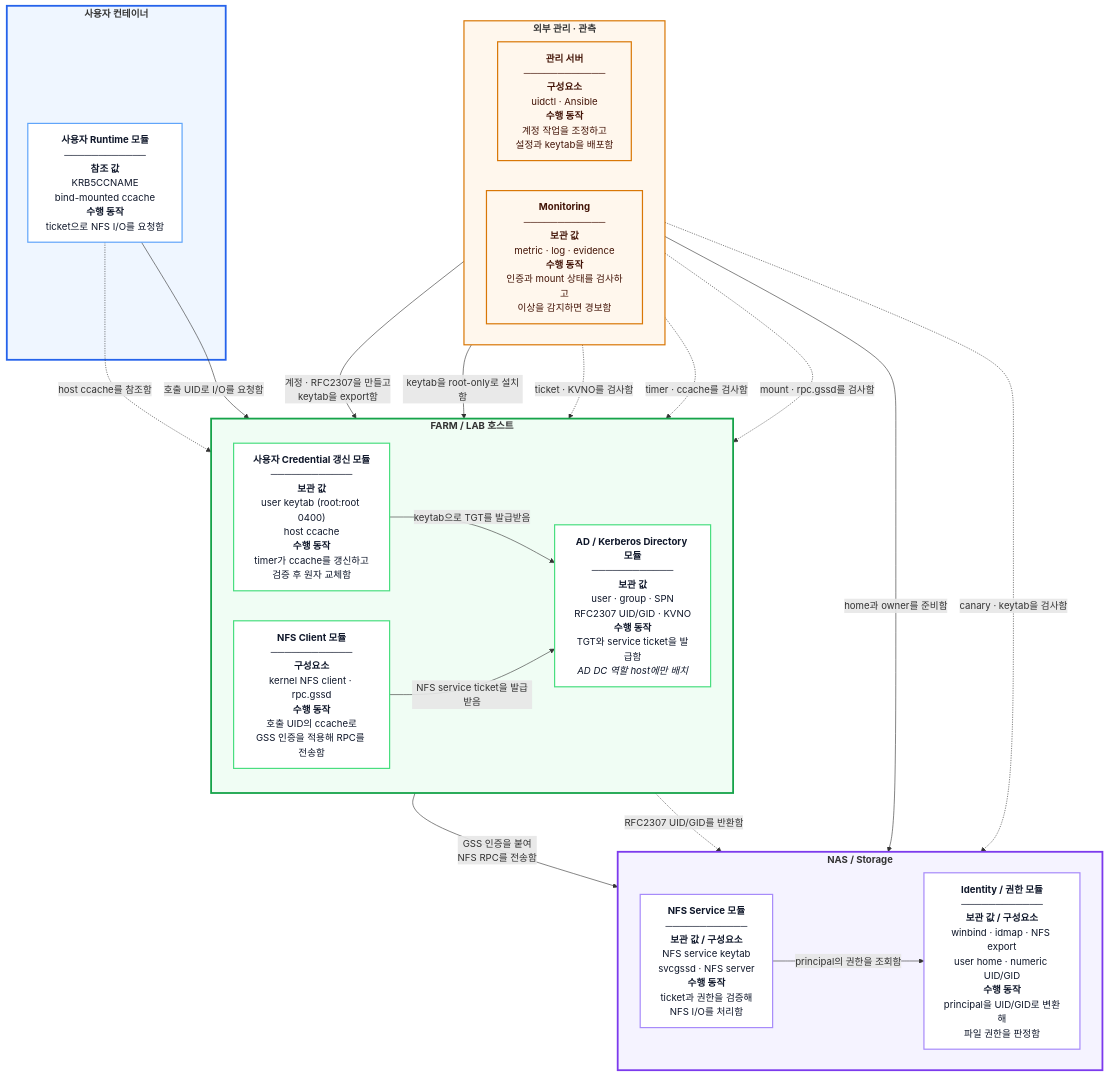
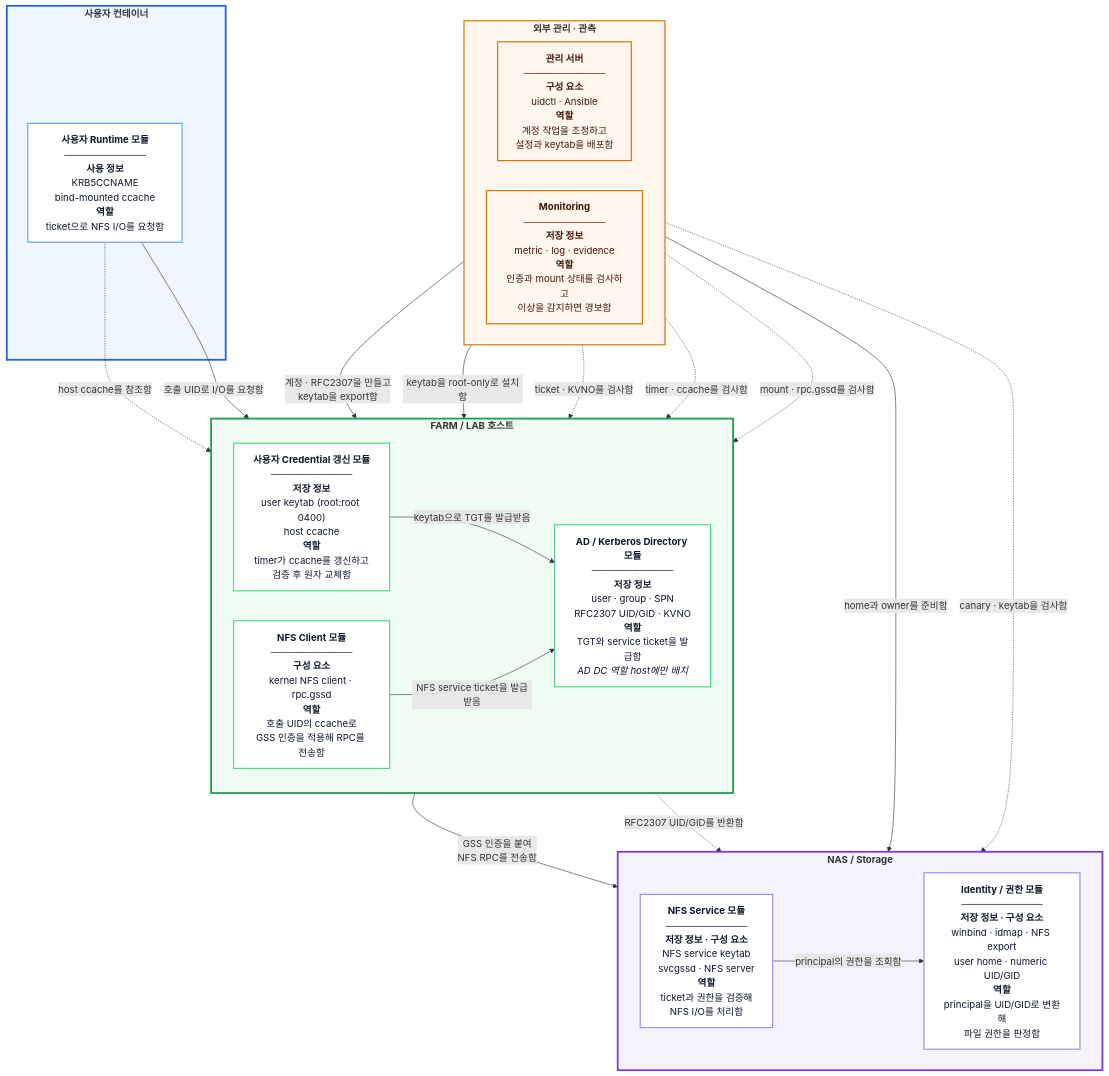
The first of 3 diagrams in md/system/kerberos-nfs/design.md (CSID-DGU/admin_wiki), drawn with Mermaid before and after one commit. The commit also changed other lines of this file and 15 other files, not shown here.

````diff
--- a/md/system/kerberos-nfs/design.md
+++ b/md/system/kerberos-nfs/design.md
@@ -27,58 +27,58 @@
 ```mermaid
 flowchart TB
     subgraph CONTROL_ZONE["<b>외부 관리 · 관측</b>"]
         direction LR
-        M["<b>관리 서버</b><br/>────────────<br/><b>구성요소</b><br/>uidctl · Ansible<br/><b>수행 동작</b><br/>계정 작업을 조정하고<br/>설정과 keytab을 배포함"]
-        MON["<b>Monitoring</b><br/>────────────<br/><b>보관 값</b><br/>metric · log · evidence<br/><b>수행 동작</b><br/>인증과 mount 상태를 검사하고<br/>이상을 감지하면 경보함"]
+        M["<b>관리 서버</b><br/>────────────<br/><b>구성 요소</b><br/>uidctl · Ansible<br/><b>역할</b><br/>계정 작업을 조정하고<br/>설정과 keytab을 배포함"]
+        MON["<b>Monitoring</b><br/>────────────<br/><b>저장 정보</b><br/>metric · log · evidence<br/><b>역할</b><br/>인증과 mount 상태를 검사하고<br/>이상을 감지하면 경보함"]
     end
 
     subgraph CONTAINER_ZONE["<b>사용자 컨테이너</b>"]
-        USER_RUNTIME["<b>사용자 Runtime 모듈</b><br/>────────────<br/><b>참조 값</b><br/>KRB5CCNAME<br/>bind-mounted ccache<br/><b>수행 동작</b><br/>ticket으로 NFS I/O를 요청함"]
+        USER_RUNTIME["<b>사용자 Runtime 모듈</b><br/>────────────<br/><b>사용 정보</b><br/>KRB5CCNAME<br/>bind-mounted ccache<br/><b>역할</b><br/>ticket으로 NFS I/O를 요청함"]
     end
 
     subgraph HOST_ZONE["<b>FARM / LAB 호스트</b>"]
         direction LR
-        DIRECTORY_MODULE["<b>AD / Kerberos Directory 모듈</b><br/>────────────<br/><b>보관 값</b><br/>user · group · SPN<br/>RFC2307 UID/GID · KVNO<br/><b>수행 동작</b><br/>TGT와 service ticket을 발급함<br/><i>AD DC 역할 host에만 배치</i>"]
-        REFRESH_MODULE["<b>사용자 Credential 갱신 모듈</b><br/>────────────<br/><b>보관 값</b><br/>user keytab (root:root 0400)<br/>host ccache<br/><b>수행 동작</b><br/>timer가 ccache를 갱신하고<br/>검증 후 원자 교체함"]
-        NFS_CLIENT_MODULE["<b>NFS Client 모듈</b><br/>────────────<br/><b>구성요소</b><br/>kernel NFS client · rpc.gssd<br/><b>수행 동작</b><br/>호출 UID의 ccache로<br/>GSS 인증을 적용해 RPC를 전송함"]
+        DIRECTORY_MODULE["<b>AD / Kerberos Directory 모듈</b><br/>────────────<br/><b>저장 정보</b><br/>user · group · SPN<br/>RFC2307 UID/GID · KVNO<br/><b>역할</b><br/>TGT와 service ticket을 발급함<br/><i>AD DC 역할 host에만 배치</i>"]
+        REFRESH_MODULE["<b>사용자 Credential 갱신 모듈</b><br/>────────────<br/><b>저장 정보</b><br/>user keytab (root:root 0400)<br/>host ccache<br/><b>역할</b><br/>timer가 ccache를 갱신하고<br/>검증 후 원자 교체함"]
+        NFS_CLIENT_MODULE["<b>NFS Client 모듈</b><br/>────────────<br/><b>구성 요소</b><br/>kernel NFS client · rpc.gssd<br/><b>역할</b><br/>호출 UID의 ccache로<br/>GSS 인증을 적용해 RPC를 전송함"]
     end
 
     subgraph STORAGE_ZONE["<b>NAS / Storage</b>"]
         direction LR
-        NFS_SERVER_MODULE["<b>NFS Service 모듈</b><br/>────────────<br/><b>보관 값 / 구성요소</b><br/>NFS service keytab<br/>svcgssd · NFS server<br/><b>수행 동작</b><br/>ticket과 권한을 검증해<br/>NFS I/O를 처리함"]
-        STORAGE_ID_MODULE["<b>Identity / 권한 모듈</b><br/>────────────<br/><b>보관 값 / 구성요소</b><br/>winbind · idmap · NFS export<br/>user home · numeric UID/GID<br/><b>수행 동작</b><br/>principal을 UID/GID로 변환해<br/>파일 권한을 판정함"]
+        NFS_SERVER_MODULE["<b>NFS Service 모듈</b><br/>────────────<br/><b>저장 정보 · 구성 요소</b><br/>NFS service keytab<br/>svcgssd · NFS server<br/><b>역할</b><br/>ticket과 권한을 검증해<br/>NFS I/O를 처리함"]
+        STORAGE_ID_MODULE["<b>Identity / 권한 모듈</b><br/>────────────<br/><b>저장 정보 · 구성 요소</b><br/>winbind · idmap · NFS export<br/>user home · numeric UID/GID<br/><b>역할</b><br/>principal을 UID/GID로 변환해<br/>파일 권한을 판정함"]
     end
 
     M -->|"계정 · RFC2307을 만들고<br/>keytab을 export함"| DIRECTORY_MODULE
     M -->|"keytab을 root-only로 설치함"| REFRESH_MODULE
     M -->|"home과 owner를 준비함"| STORAGE_ID_MODULE
 
     REFRESH_MODULE -->|"keytab으로 TGT를 발급받음"| DIRECTORY_MODULE
     USER_RUNTIME -.->|"host ccache를 참조함"| REFRESH_MODULE
     USER_RUNTIME -->|"호출 UID로 I/O를 요청함"| NFS_CLIENT_MODULE
     NFS_CLIENT_MODULE -->|"NFS service ticket을 발급받음"| DIRECTORY_MODULE
     NFS_CLIENT_MODULE -->|"GSS 인증을 붙여<br/>NFS RPC를 전송함"| NFS_SERVER_MODULE
     NFS_SERVER_MODULE -->|"principal의 권한을 조회함"| STORAGE_ID_MODULE
     DIRECTORY_MODULE -.->|"RFC2307 UID/GID를 반환함"| STORAGE_ID_MODULE
 
     MON -.->|"ticket · KVNO를 검사함"| DIRECTORY_MODULE
     MON -.->|"timer · ccache를 검사함"| REFRESH_MODULE
     MON -.->|"mount · rpc.gssd를 검사함"| NFS_CLIENT_MODULE
     MON -.->|"canary · keytab을 검사함"| NFS_SERVER_MODULE
 
     classDef component fill:#ffffff,stroke:#64748b,stroke-width:1px,color:#0f172a
     classDef external fill:#fff7ed,stroke:#d97706,stroke-width:2px,color:#431407
     class M,MON external
     class USER_RUNTIME,DIRECTORY_MODULE,REFRESH_MODULE,NFS_CLIENT_MODULE,NFS_SERVER_MODULE,STORAGE_ID_MODULE component
 
     style CONTAINER_ZONE fill:#eff6ff,stroke:#2563eb,stroke-width:3px
     style HOST_ZONE fill:#f0fdf4,stroke:#16a34a,stroke-width:3px
     style STORAGE_ZONE fill:#f5f3ff,stroke:#7c3aed,stroke-width:3px
     style CONTROL_ZONE fill:#fff7ed,stroke:#d97706,stroke-width:2px
     style USER_RUNTIME stroke:#60a5fa,stroke-width:2px
     style DIRECTORY_MODULE stroke:#4ade80,stroke-width:2px
     style REFRESH_MODULE stroke:#4ade80,stroke-width:2px
     style NFS_CLIENT_MODULE stroke:#4ade80,stroke-width:2px
     style NFS_SERVER_MODULE stroke:#a78bfa,stroke-width:2px
     style STORAGE_ID_MODULE stroke:#a78bfa,stroke-width:2px
 ```
````
